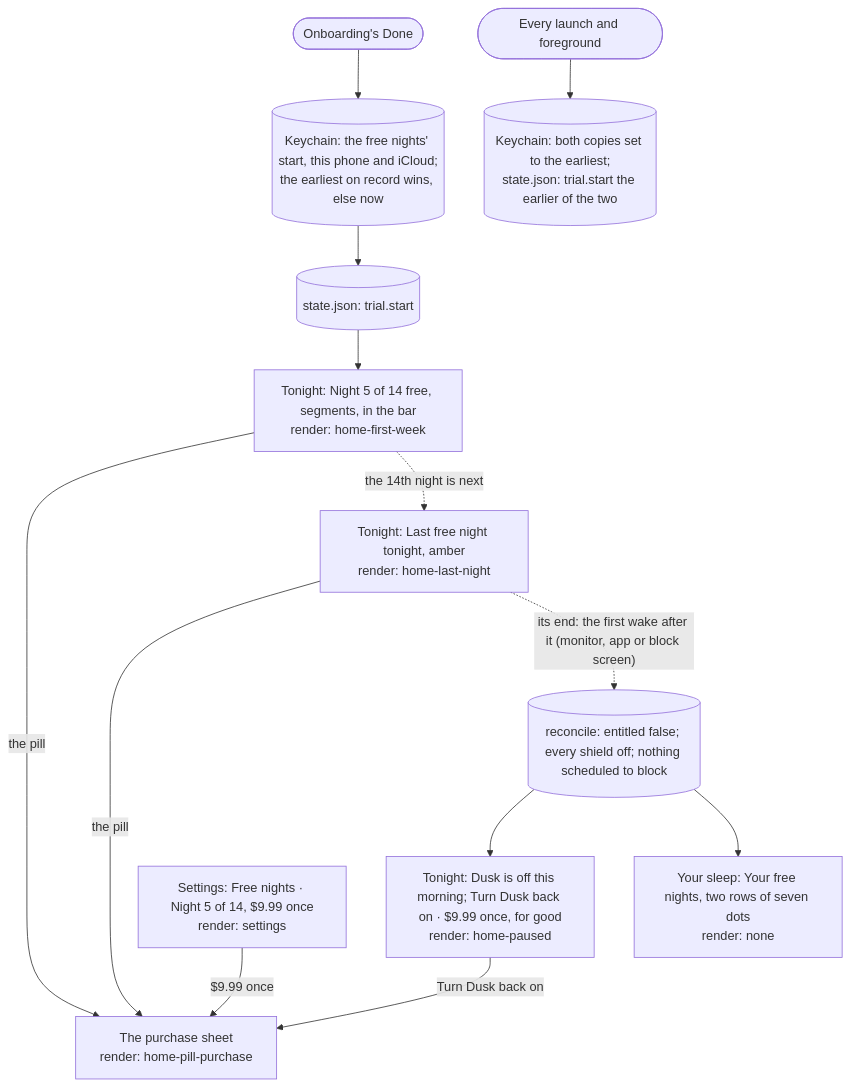
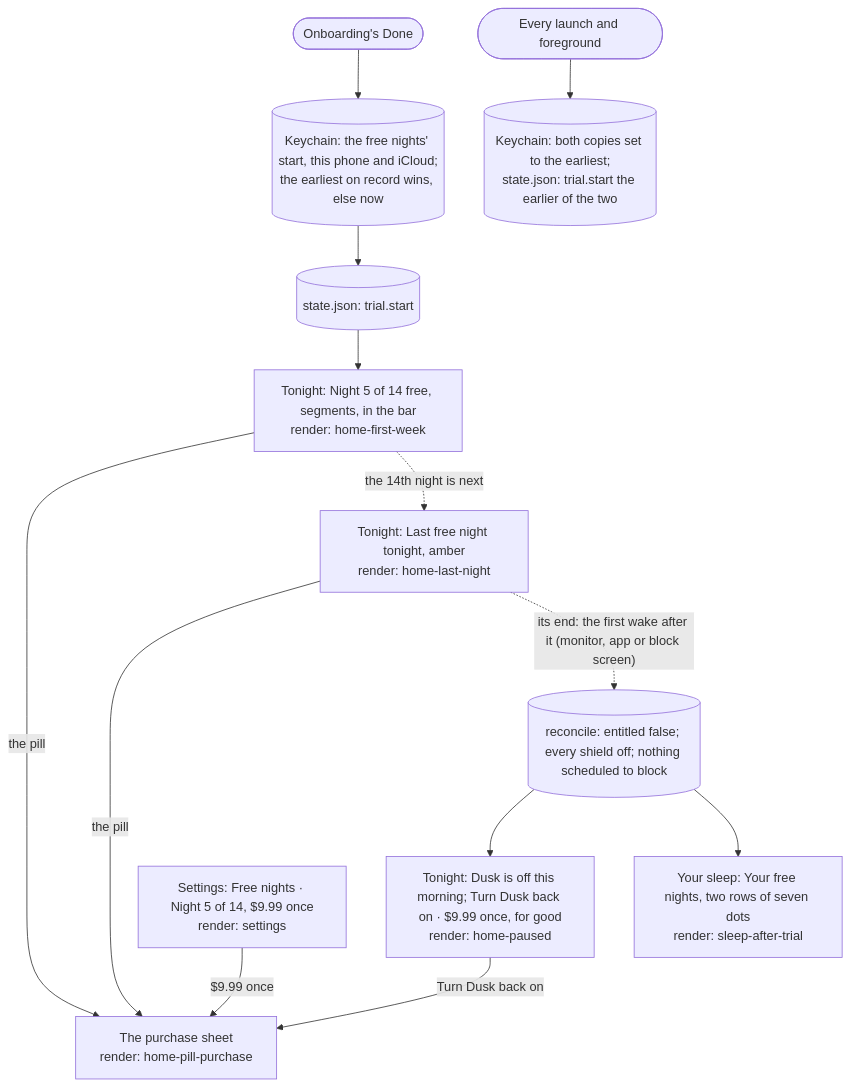
One commit to adit-rah/toll changed the first of 2 diagrams in docs/flows/purchase.md. Above: the diagram before and after it, drawn with Mermaid. The commit also changed other lines of this file and 9 other files, not shown here.

First line of the commit message:
Flows and design for the polish: pause, purchase, map, Tonight, buffers, renders (#124, #129, #135, #141, #151)

````diff
--- a/docs/flows/purchase.md
+++ b/docs/flows/purchase.md
@@ -11,16 +11,16 @@
 ```mermaid
 flowchart TD
   done(["Onboarding's Done"]) --> begin[("Keychain: the free nights' start, this phone and iCloud;<br/>the earliest on record wins, else now")]
   begin --> stateStart[("state.json: trial.start")]
   launch(["Every launch and foreground"]) --> settle[("Keychain: both copies set to the earliest;<br/>state.json: trial.start the earlier of the two")]
   stateStart --> during["Tonight: Night 5 of 14 free, segments, in the bar<br/>render: home-first-week"]
   during -->|"the pill"| sheet["The purchase sheet<br/>render: home-pill-purchase"]
   during -.->|"the 14th night is next"| lastNight["Tonight: Last free night tonight, amber<br/>render: home-last-night"]
   lastNight -->|"the pill"| sheet
   lastNight -.->|"its end: the first wake after it (monitor, app or block screen)"| notEntitled[("reconcile: entitled false; every shield off; nothing scheduled to block")]
   notEntitled --> offState["Tonight: Dusk is off this morning; Turn Dusk back on · $9.99 once, for good<br/>render: home-paused"]
   offState -->|"Turn Dusk back on"| sheet
-  notEntitled --> sleepFrozen["Your sleep: Your free nights, two rows of seven dots<br/>render: none"]
+  notEntitled --> sleepFrozen["Your sleep: Your free nights, two rows of seven dots<br/>render: sleep-after-trial"]
   settingsRow["Settings: Free nights · Night 5 of 14, $9.99 once<br/>render: settings"]
   settingsRow -->|"$9.99 once"| sheet
 ```
````
